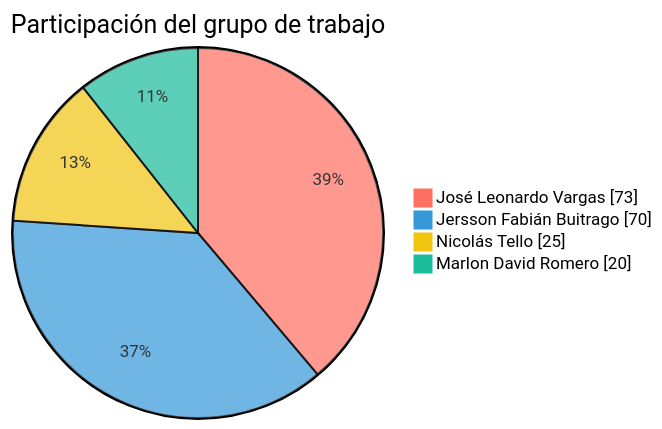
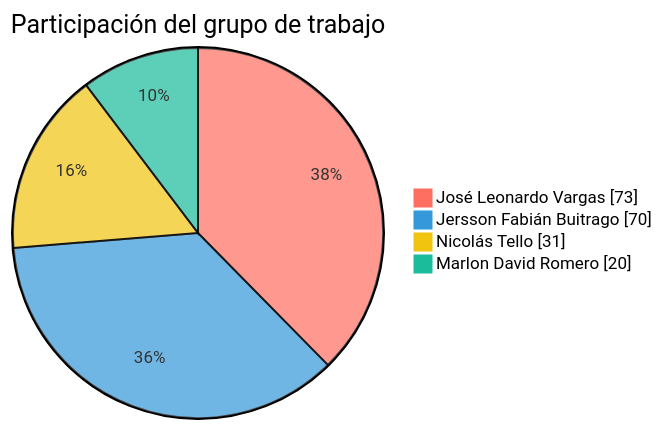
Before and after one commit to FarmaExpres/FarmaExpres: the first of 2 diagrams in README.md, drawn with Mermaid. The commit also changed other lines of this file and 1 other file, not shown here.

````diff
--- a/README.md
+++ b/README.md
@@ -314,9 +314,9 @@
 ```mermaid
 %%{init: {"themeVariables": {"pie1": "#ff6f61", "pie2": "#3498db", "pie3": "#f1c40f", "pie4": "#1abc9c", "pieLabelColor": "#000000", "pieLabelFontSize": "24px", "pieLabelFontWeight": "700"}}}%%
 pie showData
     title Participación del grupo de trabajo
     "José Leonardo Vargas" : 73
     "Jersson Fabián Buitrago" : 70
-    "Nicolás Tello" : 25
+    "Nicolás Tello" : 31
     "Marlon David Romero" : 20
 ```
````
